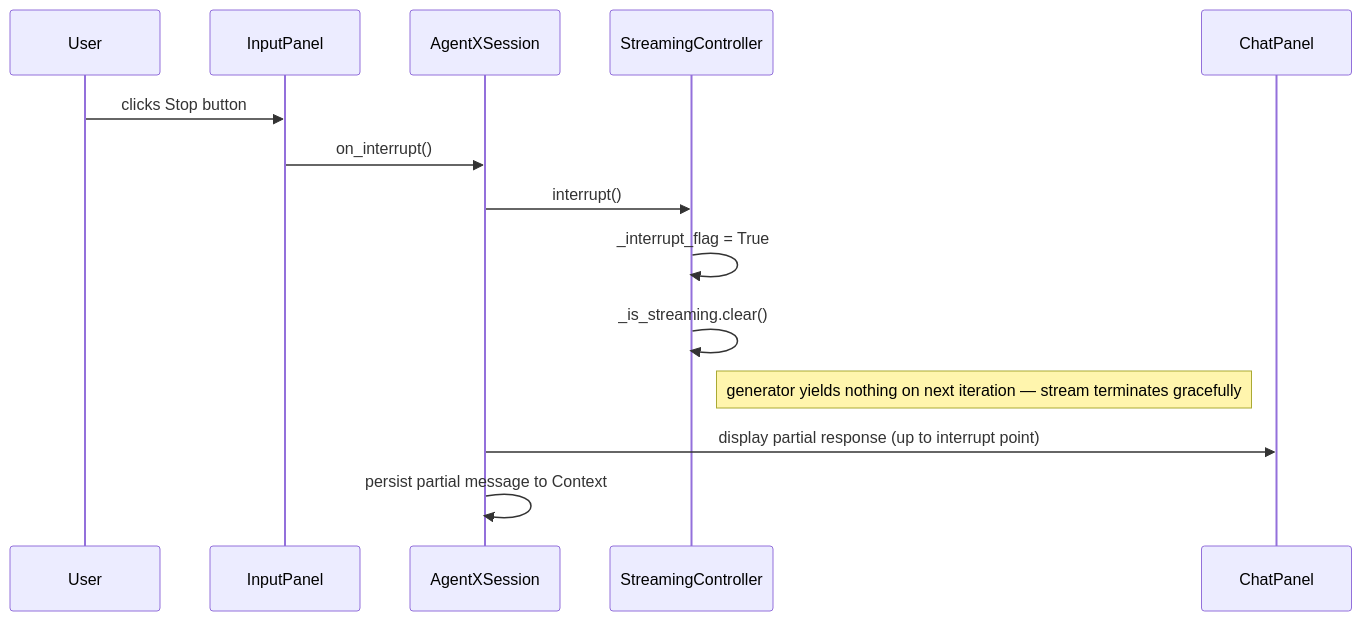
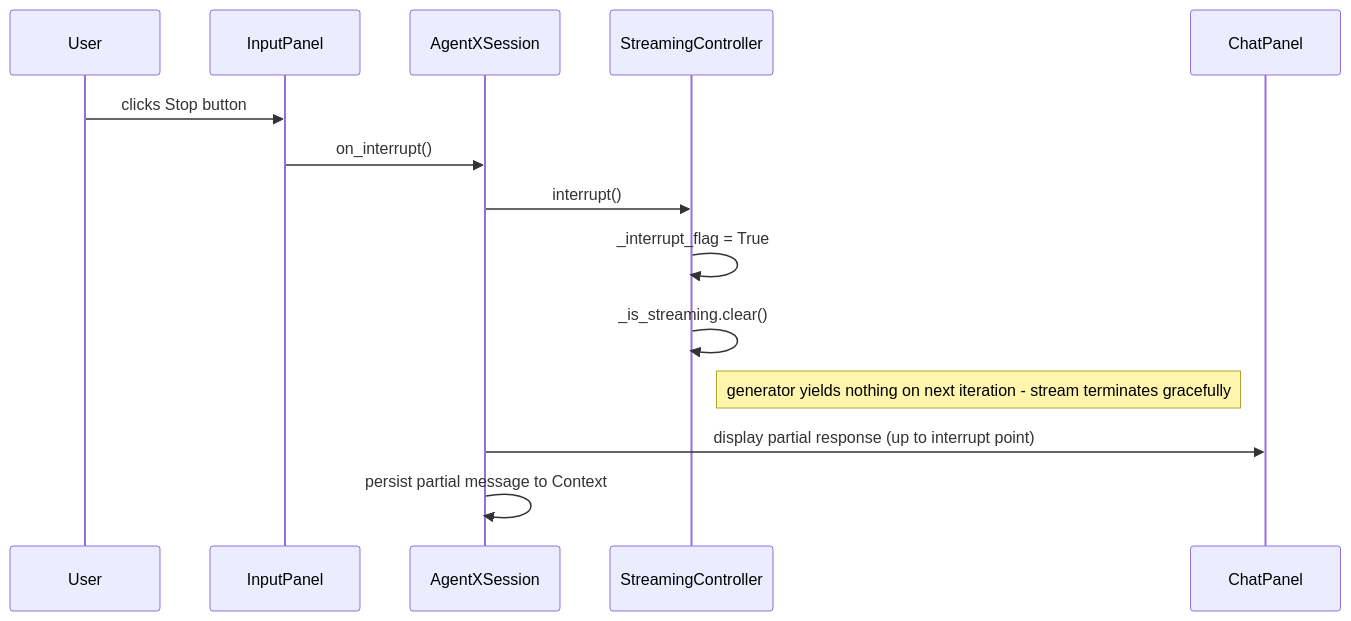
One commit to matthewapeters/agentX changed the tenth of 10 diagrams in docs/ux/02_USER_FLOWS.md. Above: the diagram before and after it, drawn with Mermaid. The commit also changed 2 other files, not shown here.

Commit message:
docs(ux): fix UF-10 Mermaid rendering — replace em dash with hyphen in Note
The Unicode em dash (U+2014) in the Note text caused the Mermaid renderer
to fail with 'No diagram type detected'. Replaced with a plain ASCII hyphen.

Version: 0.18.22-d → 0.18.22-e (doc-only change)

````diff
--- a/docs/ux/02_USER_FLOWS.md
+++ b/docs/ux/02_USER_FLOWS.md
@@ -293,17 +293,17 @@
 ```mermaid
 sequenceDiagram
     participant User
     participant InputPanel
     participant Session as AgentXSession
     participant Controller as StreamingController
     participant Chat as ChatPanel
 
     User->>InputPanel: clicks Stop button
     InputPanel->>Session: on_interrupt()
     Session->>Controller: interrupt()
     Controller->>Controller: _interrupt_flag = True
     Controller->>Controller: _is_streaming.clear()
-    Note right of Controller: generator yields nothing on next iteration — stream terminates gracefully
+    Note right of Controller: generator yields nothing on next iteration - stream terminates gracefully
     Session->>Chat: display partial response (up to interrupt point)
     Session->>Session: persist partial message to Context
 ```
````
